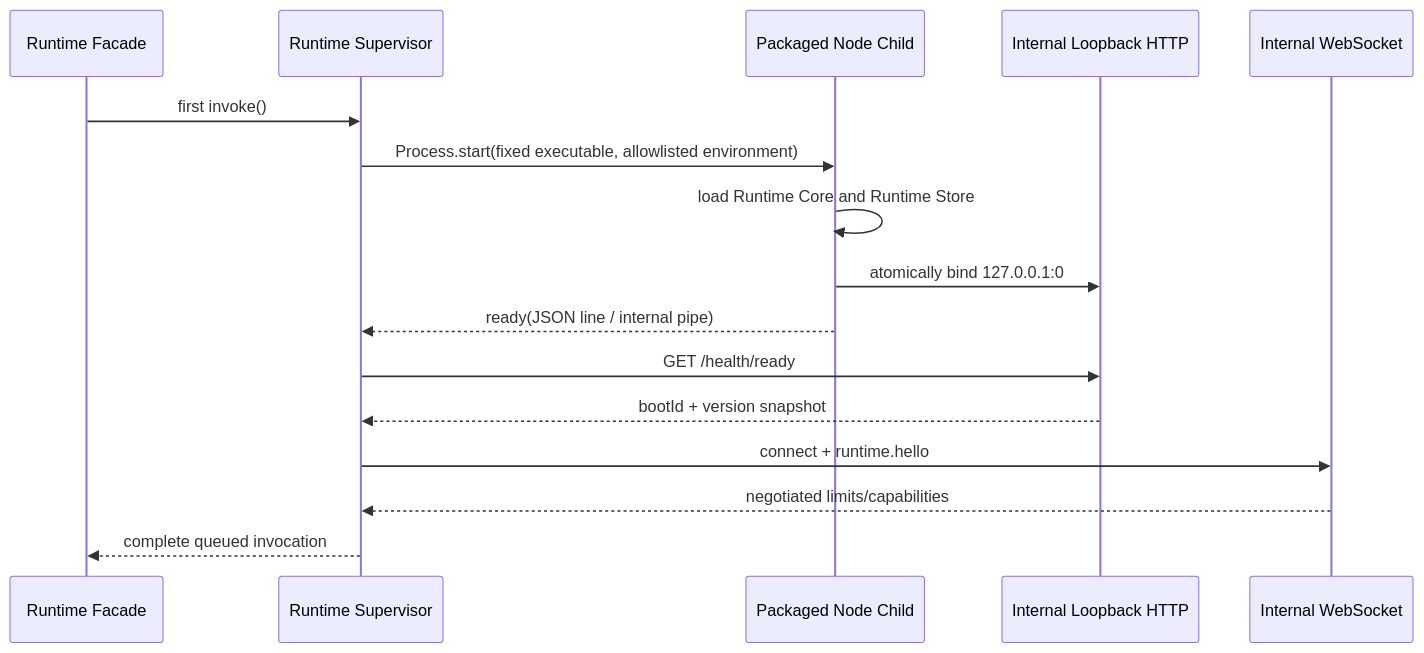
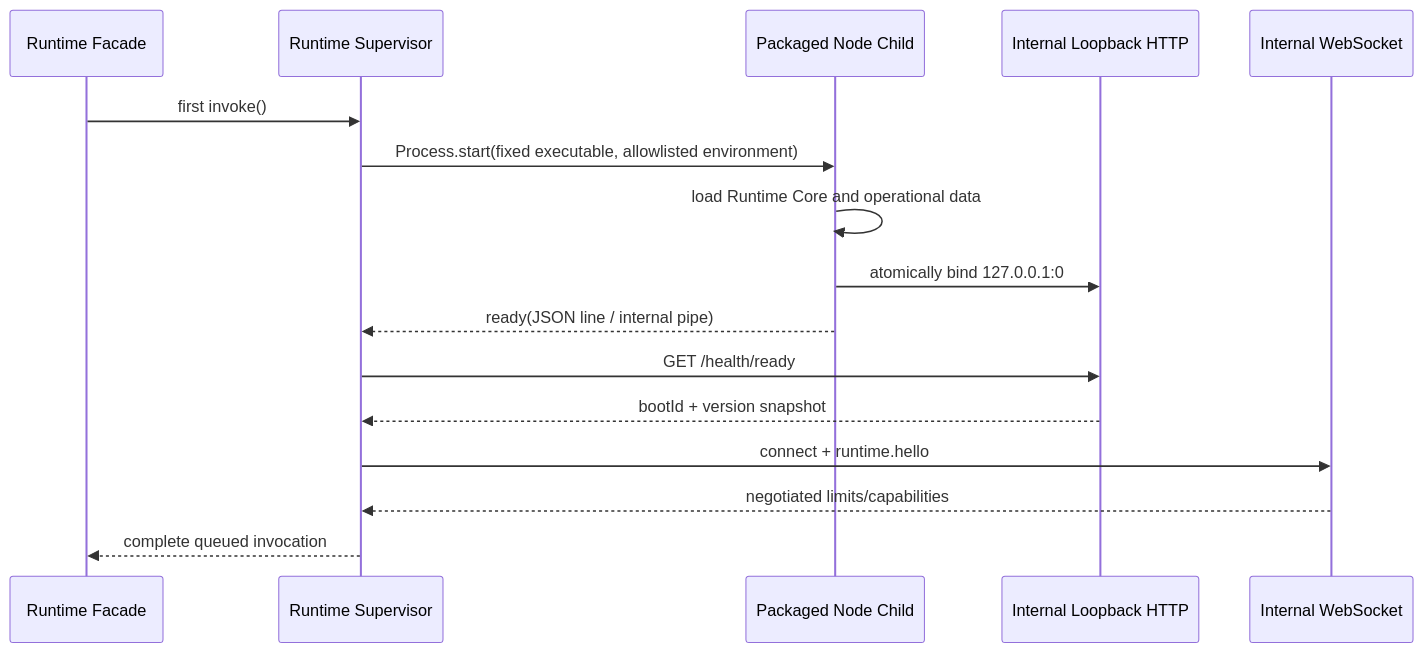
The second of 2 diagrams in docs/architecture/03-runtime-lifecycle.md (lingy-Mg/mg_read), drawn with Mermaid before and after one commit. The commit also changed other lines of this file and 34 other files, not shown here.

````diff
--- a/docs/architecture/03-runtime-lifecycle.md
+++ b/docs/architecture/03-runtime-lifecycle.md
@@ -62,19 +67,19 @@
 ```mermaid
 sequenceDiagram
     participant F as Runtime Facade
     participant S as Runtime Supervisor
     participant P as Packaged Node Child
     participant H as Internal Loopback HTTP
     participant W as Internal WebSocket
 
     F->>S: first invoke()
     S->>P: Process.start(fixed executable, allowlisted environment)
-    P->>P: load Runtime Core and Runtime Store
+    P->>P: load Runtime Core and operational data
     P->>H: atomically bind 127.0.0.1:0
     P-->>S: ready(JSON line / internal pipe)
     S->>H: GET /health/ready
     H-->>S: bootId + version snapshot
     S->>W: connect + runtime.hello
     W-->>S: negotiated limits/capabilities
     S-->>F: complete queued invocation
 ```
````
